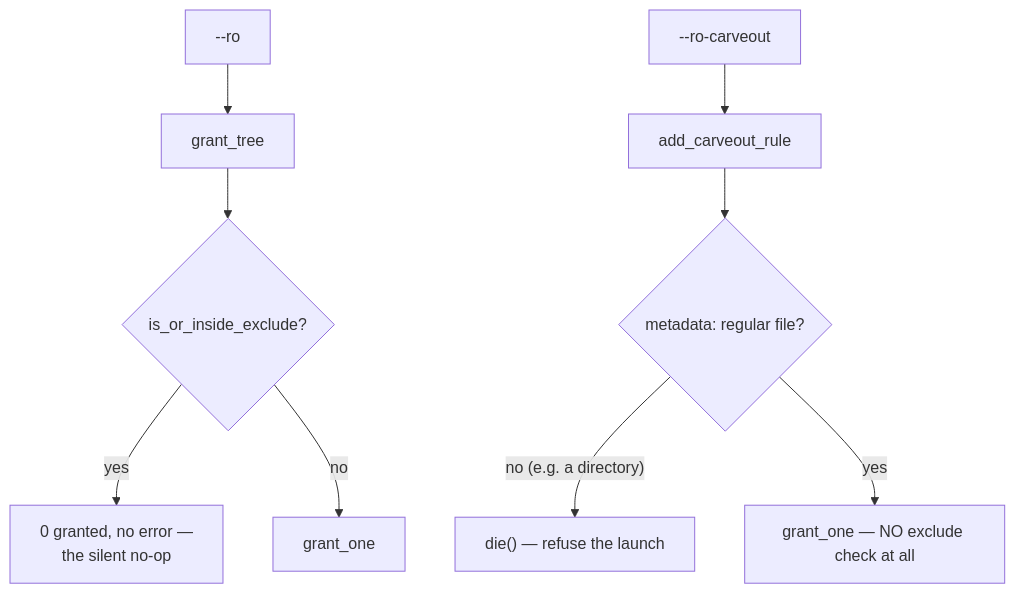
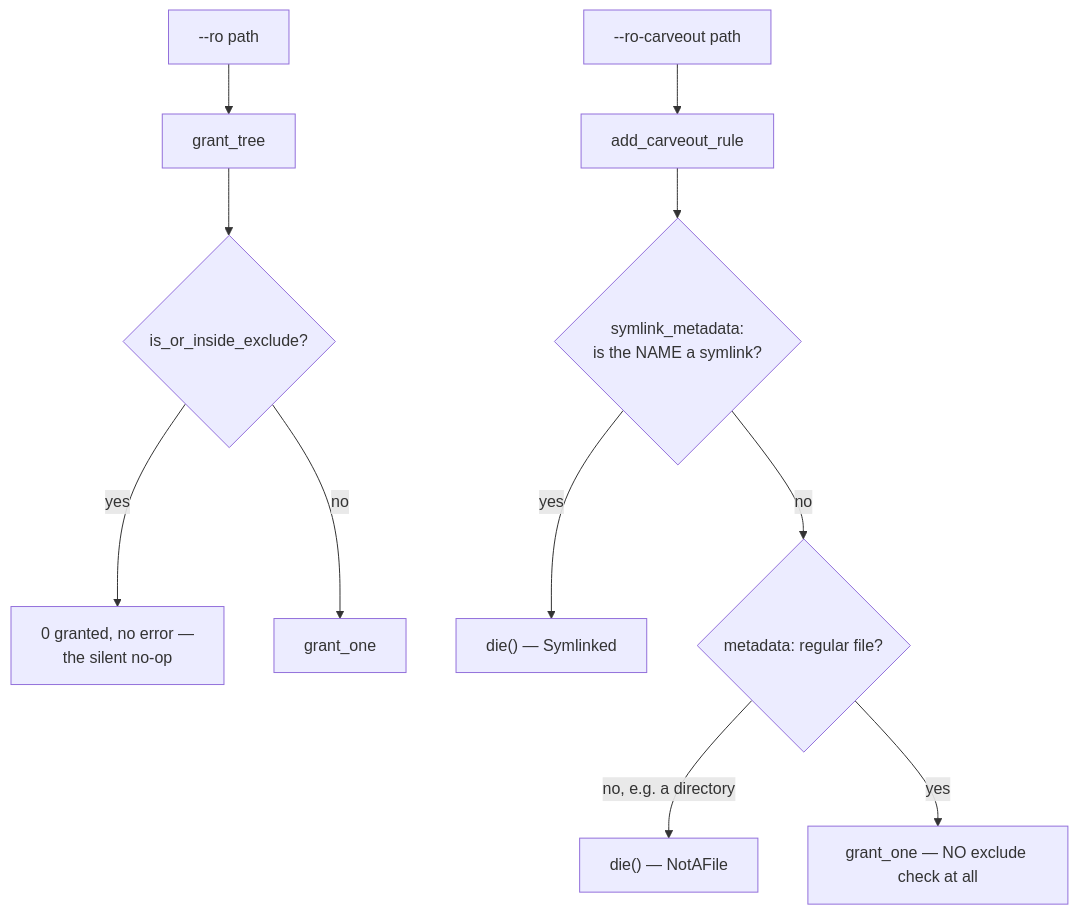
One commit to tom2025b/git-vista changed the second of 5 diagrams in docs/adr/0033-ssh-remote-carveout.md. Above: the diagram before and after it, drawn with Mermaid. The commit also changed other lines of this file, not shown here.

````diff
--- a/docs/adr/0033-ssh-remote-carveout.md
+++ b/docs/adr/0033-ssh-remote-carveout.md
@@ -88,12 +88,14 @@
 ```mermaid
 flowchart TD
-  Ro["--ro <path>"] --> GT["grant_tree"]
+  Ro["--ro path"] --> GT["grant_tree"]
   GT --> Check{"is_or_inside_exclude?"}
   Check -->|"yes"| Zero["0 granted, no error —<br/>the silent no-op"]
   Check -->|"no"| Grant1["grant_one"]
 
-  Carveout["--ro-carveout <path>"] --> ACR["add_carveout_rule"]
-  ACR --> IsFile{"metadata: regular file?"}
-  IsFile -->|"no (e.g. a directory)"| Die["die() — refuse the launch"]
+  Carveout["--ro-carveout path"] --> ACR["add_carveout_rule"]
+  ACR --> IsLink{"symlink_metadata:<br/>is the NAME a symlink?"}
+  IsLink -->|"yes"| Die1["die() — Symlinked"]
+  IsLink -->|"no"| IsFile{"metadata: regular file?"}
+  IsFile -->|"no, e.g. a directory"| Die2["die() — NotAFile"]
   IsFile -->|"yes"| Grant2["grant_one — NO exclude check at all"]
 ```
````
